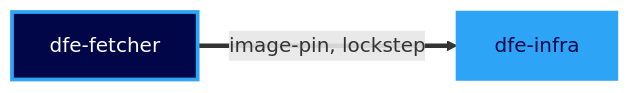
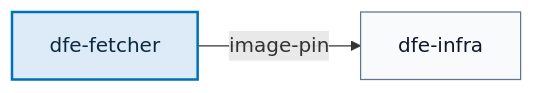
Before and after one commit to hyperi-io/dfe-infra: diagram 15 of 19 in docs/suite-graph.md, drawn with Mermaid. The commit also changed other lines of this file and 5 other files, not shown here.

First line of the commit message:
fix(suite-graph): draw the suite diagrams to the diagram standard

````diff
--- a/docs/suite-graph.md
+++ b/docs/suite-graph.md
@@ -319,8 +460,14 @@
 ```mermaid
 flowchart LR
-  dfe_fetcher["dfe-fetcher"]:::producer
-  dfe_infra["dfe-infra"]:::suite
-  dfe_fetcher ==>|image-pin, lockstep| dfe_infra
-  classDef suite fill:#2EA4F6,stroke:#2EA4F6,stroke-width:2px,color:#000647
-  classDef producer fill:#000647,stroke:#2EA4F6,stroke-width:3px,color:#FFFFFF
+    accTitle: L4 Detail -- dfe-fetcher build cycle
+    accDescr: A dfe-fetcher release puts 1 consumer in motion. dfe-infra takes image-pin.
+
+    dfe_fetcher["dfe-fetcher"]
+    dfe_infra["dfe-infra"]
+
+    dfe_fetcher -->|image-pin| dfe_infra
+
+    classDef default fill:#F8FAFC,stroke:#64748B,stroke-width:1px,color:#0F172A
+    classDef core fill:#DCEBF7,stroke:#0072B2,stroke-width:2px,color:#0B2A3F
+    class dfe_fetcher core
 ```
````
